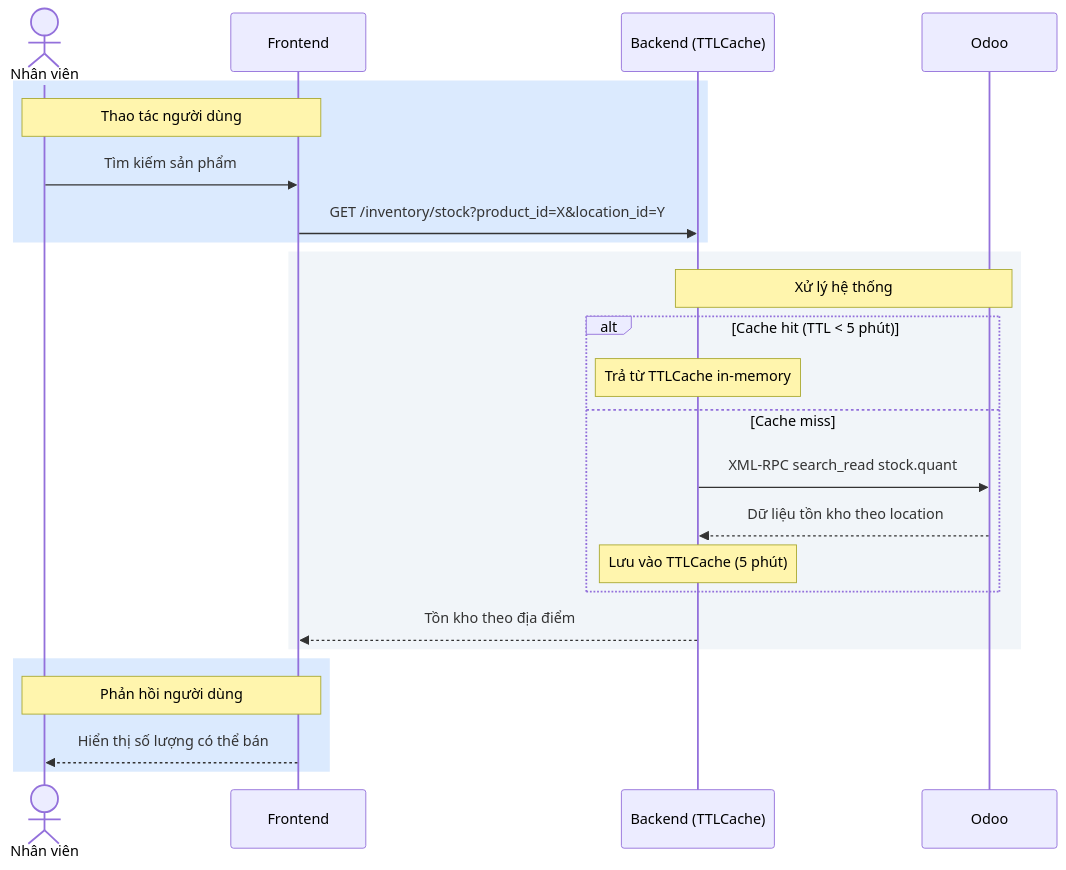
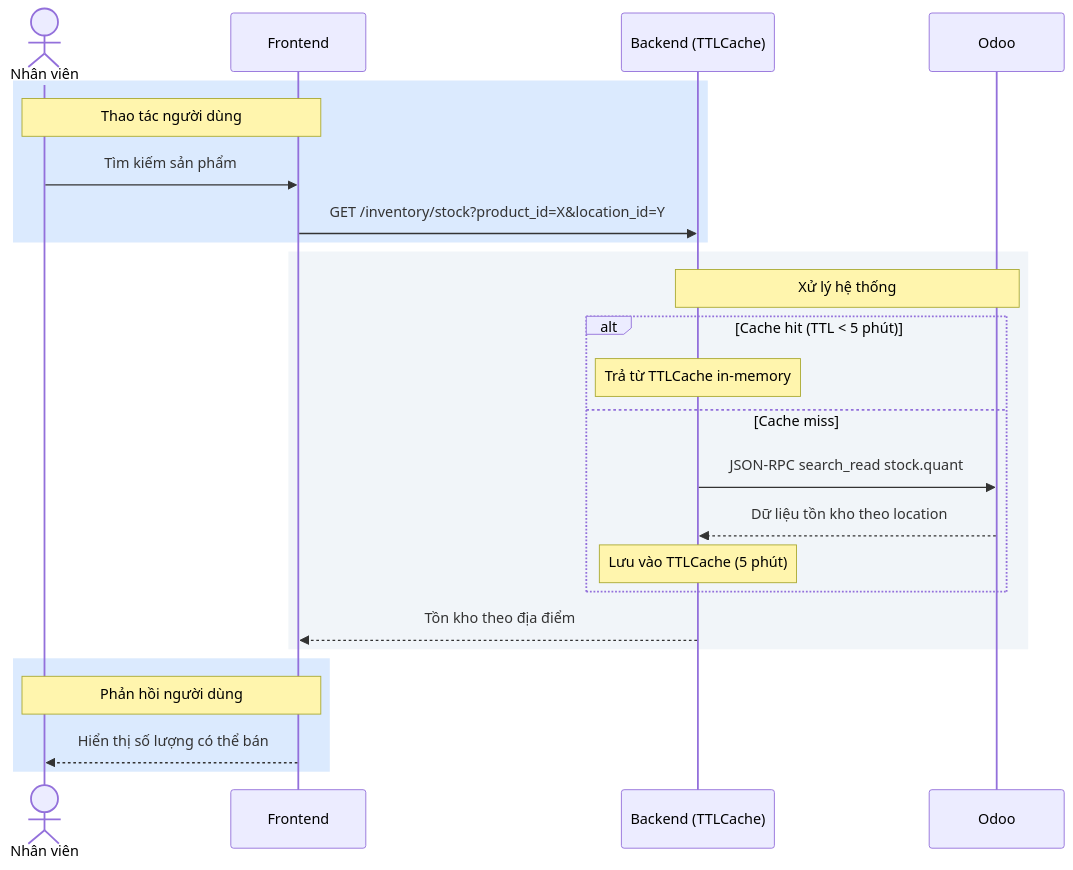
Diagram 11 of 18 in process_flow.md (ngohuuduc/VJ_mobile_POS), drawn with Mermaid before and after one commit. The commit also changed other lines of this file and 1 other file, not shown here.

````diff
--- a/process_flow.md
+++ b/process_flow.md
@@ -500,28 +492,28 @@
 ```mermaid
 sequenceDiagram
     actor User as Nhân viên
     participant FE as Frontend
     participant BE as Backend (TTLCache)
     participant Odoo
 
     rect rgb(219, 234, 254)
         Note over User,FE: Thao tác người dùng
         User->>FE: Tìm kiếm sản phẩm
         FE->>BE: GET /inventory/stock?product_id=X&location_id=Y
     end
     rect rgb(241, 245, 249)
         Note over BE,Odoo: Xử lý hệ thống
         alt Cache hit (TTL < 5 phút)
             Note over BE: Trả từ TTLCache in-memory
         else Cache miss
-            BE->>Odoo: XML-RPC search_read stock.quant
+            BE->>Odoo: JSON-RPC search_read stock.quant
             Odoo-->>BE: Dữ liệu tồn kho theo location
             Note over BE: Lưu vào TTLCache (5 phút)
         end
         BE-->>FE: Tồn kho theo địa điểm
     end
     rect rgb(219, 234, 254)
         Note over FE,User: Phản hồi người dùng
         FE-->>User: Hiển thị số lượng có thể bán
     end
 ```
````
